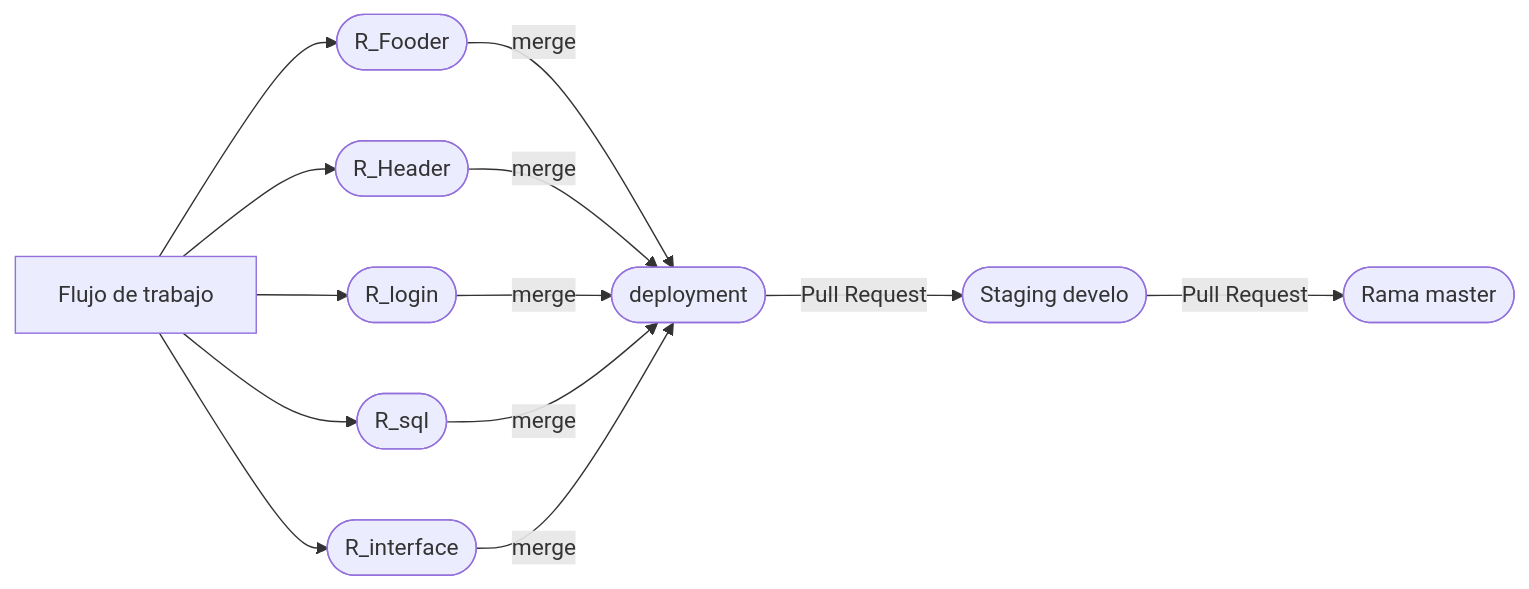
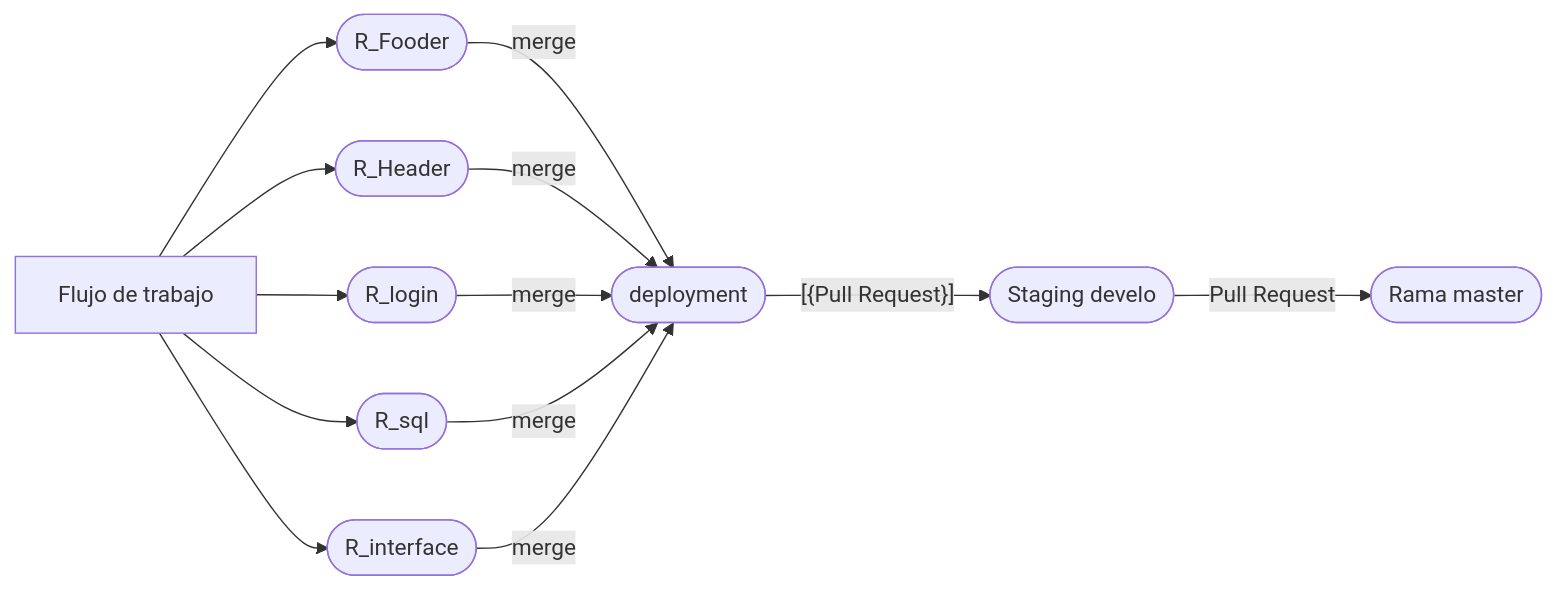
The third of 3 diagrams in Notas_del_curso_de_git.md (dczinil/git), drawn with Mermaid before and after one commit. The commit also changed other lines of this file, not shown here.

````diff
--- a/Notas_del_curso_de_git.md
+++ b/Notas_del_curso_de_git.md
@@ -253,11 +253,10 @@
 ```mermaid
 
 graph LR
 A[Flujo de trabajo]-->B([R_Fooder])--merge-->H
 A[Flujo de trabajo]-->C([R_Header])--merge-->H
 A[Flujo de trabajo]-->D([R_login])--merge-->H
 A[Flujo de trabajo]-->E([R_sql])--merge-->H
 A[Flujo de trabajo]-->G([R_interface])--merge-->H
-H([deployment])--Pull Request-->I([Staging  develo])--Pull Request-->K([Rama master])
-
+H([deployment])--[{Pull Request}]-->I([Staging  develo])--Pull Request-->K([Rama master])
 ```
````
